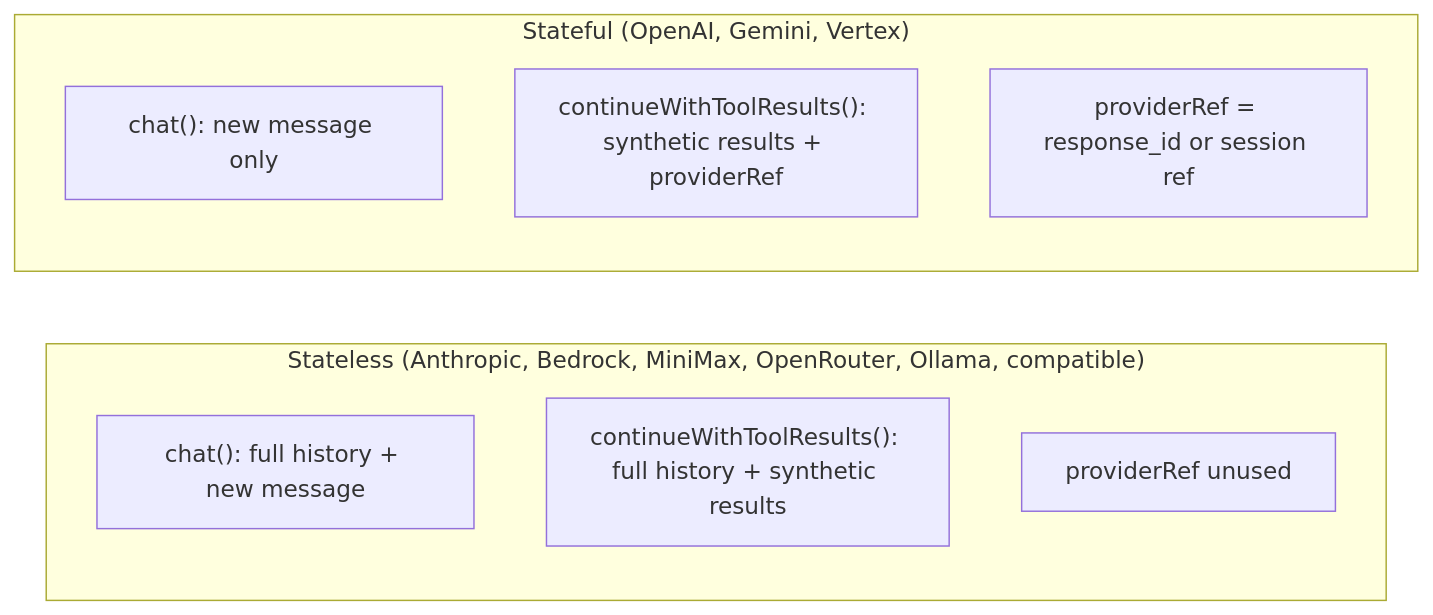
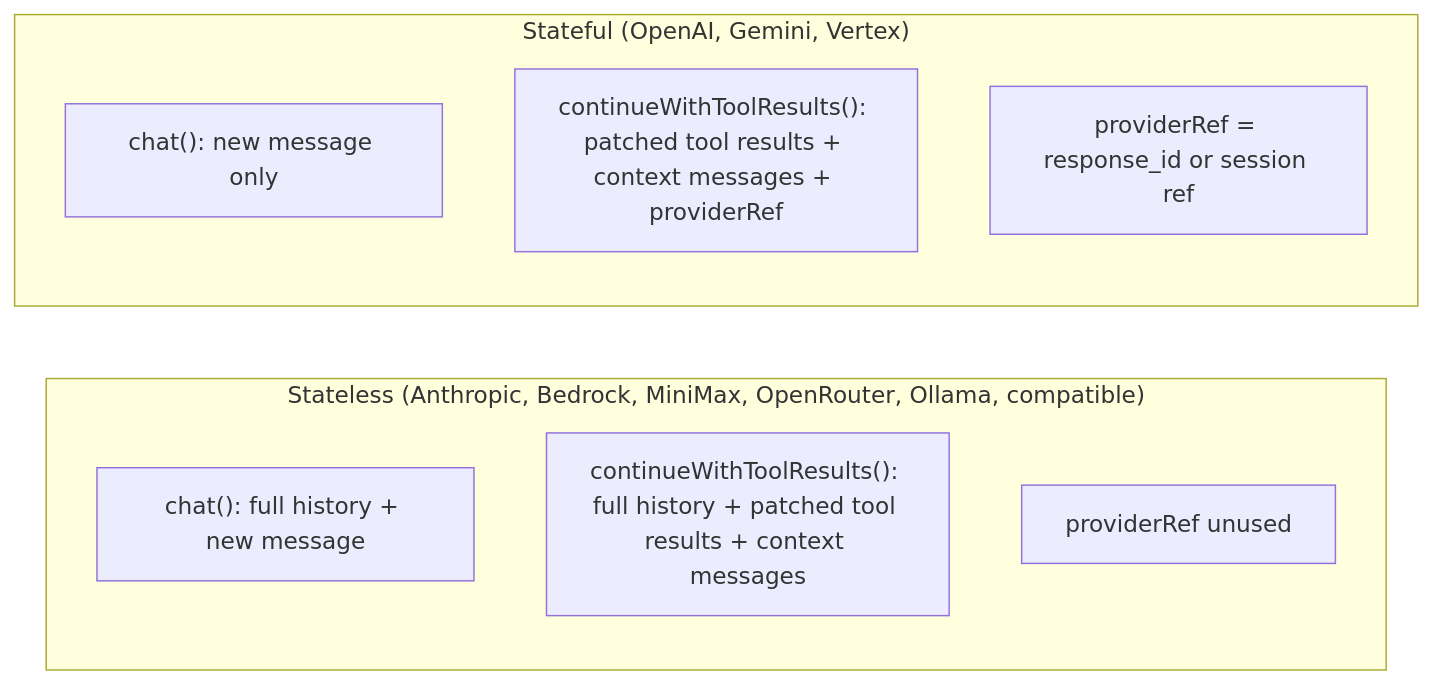
Diagram 11 of 13 in CONTRIBUTING_AI.md (mit-cml/appinventor-sources), drawn with Mermaid before and after one commit. The commit also changed other lines of this file and 13 other files, not shown here.

````diff
--- a/CONTRIBUTING_AI.md
+++ b/CONTRIBUTING_AI.md
@@ -834,14 +836,14 @@
 ```mermaid
 flowchart LR
     subgraph "Stateless (Anthropic, Bedrock, MiniMax, OpenRouter, Ollama, compatible)"
         A1["chat(): full history + new message"]
-        A2["continueWithToolResults(): full history + synthetic results"]
+        A2["continueWithToolResults(): full history + patched tool results + context messages"]
         A3["providerRef unused"]
     end
 
     subgraph "Stateful (OpenAI, Gemini, Vertex)"
         B1["chat(): new message only"]
-        B2["continueWithToolResults(): synthetic results + providerRef"]
+        B2["continueWithToolResults(): patched tool results + context messages + providerRef"]
         B3["providerRef = response_id or session ref"]
     end
 ```
````
